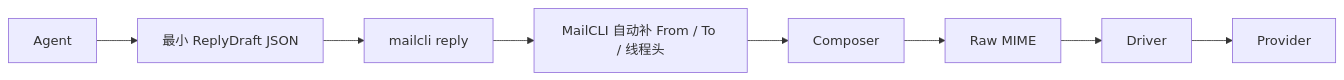
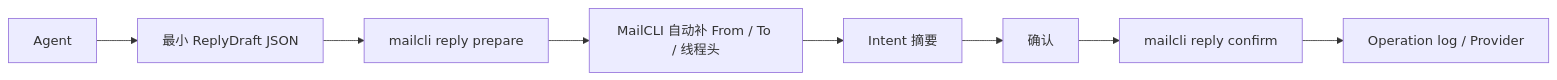
Before and after one commit to nonozone/MailCli: the second of 2 diagrams in README.zh-CN.md, drawn with Mermaid. The commit also changed other lines of this file and 16 other files, not shown here.

Commit message:
feat: add reply intent confirmation

````diff
--- a/README.zh-CN.md
+++ b/README.zh-CN.md
@@ -401,10 +404,10 @@
 ```mermaid
 flowchart LR
   A["Agent"] --> B["最小 ReplyDraft JSON"]
-  B --> C["mailcli reply"]
+  B --> C["mailcli reply prepare"]
   C --> D["MailCLI 自动补 From / To / 线程头"]
-  D --> E["Composer"]
-  E --> F["Raw MIME"]
-  F --> G["Driver"]
-  G --> H["Provider"]
+  D --> E["Intent 摘要"]
+  E --> F["确认"]
+  F --> G["mailcli reply confirm"]
+  G --> H["Operation log / Provider"]
 ```
````
